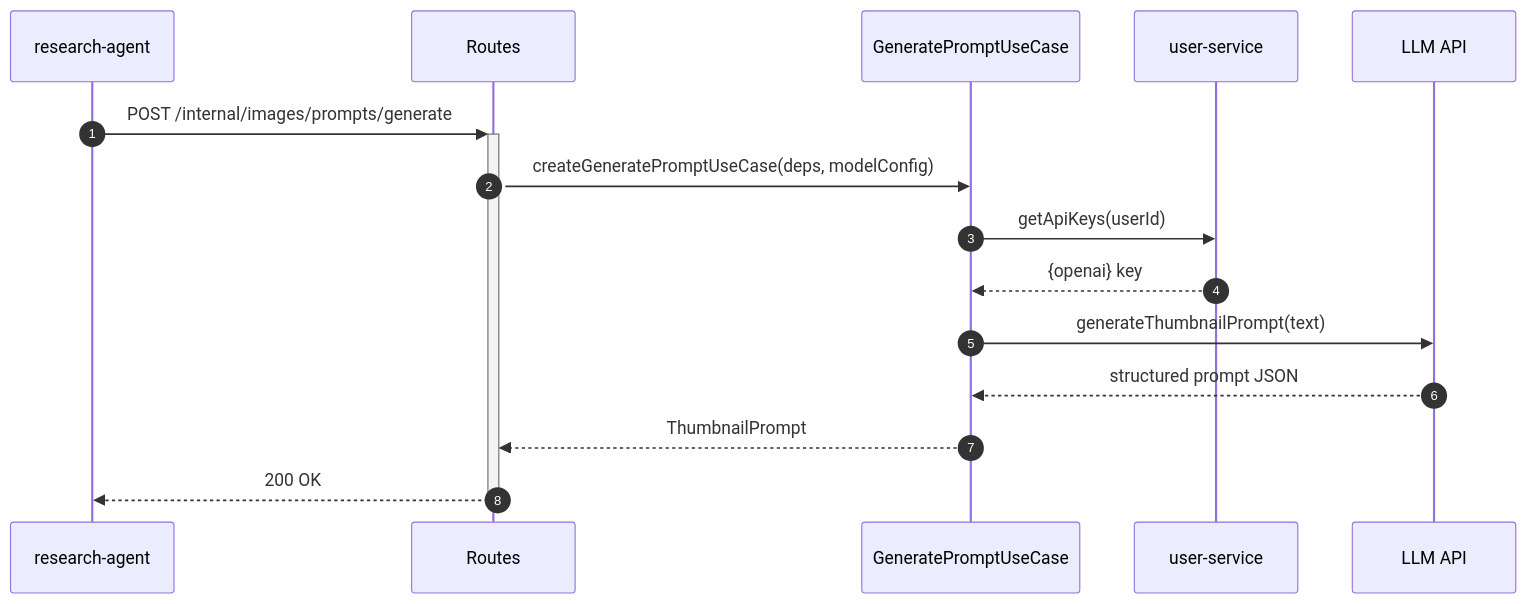
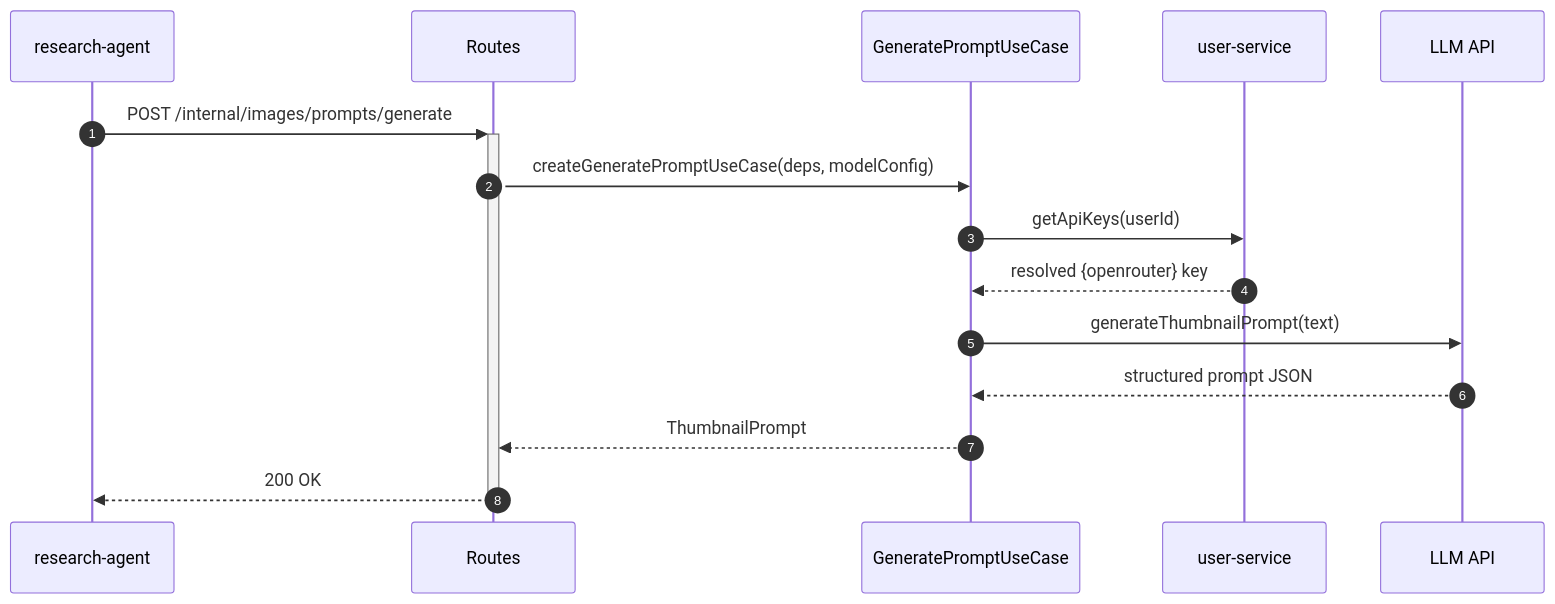
The third of 3 diagrams in docs/services/image-service/technical.md (pbuchman/intexuraos), drawn with Mermaid before and after one commit. The commit also changed other lines of this file and 212 other files, not shown here.

````diff
--- a/docs/services/image-service/technical.md
+++ b/docs/services/image-service/technical.md
@@ -88,20 +88,20 @@
 ```mermaid
 sequenceDiagram
     autonumber
     participant Caller as research-agent
     participant Routes as Routes
     participant UC as GeneratePromptUseCase
     participant UserSvc as user-service
     participant LLM as LLM API
 
     Caller->>+Routes: POST /internal/images/prompts/generate
     Routes->>UC: createGeneratePromptUseCase(deps, modelConfig)
     UC->>UserSvc: getApiKeys(userId)
-    UserSvc-->>UC: {openai} key
+    UserSvc-->>UC: resolved {openrouter} key
 
     UC->>LLM: generateThumbnailPrompt(text)
     LLM-->>UC: structured prompt JSON
 
     UC-->>Routes: ThumbnailPrompt
     Routes-->>-Caller: 200 OK
 ```
````
